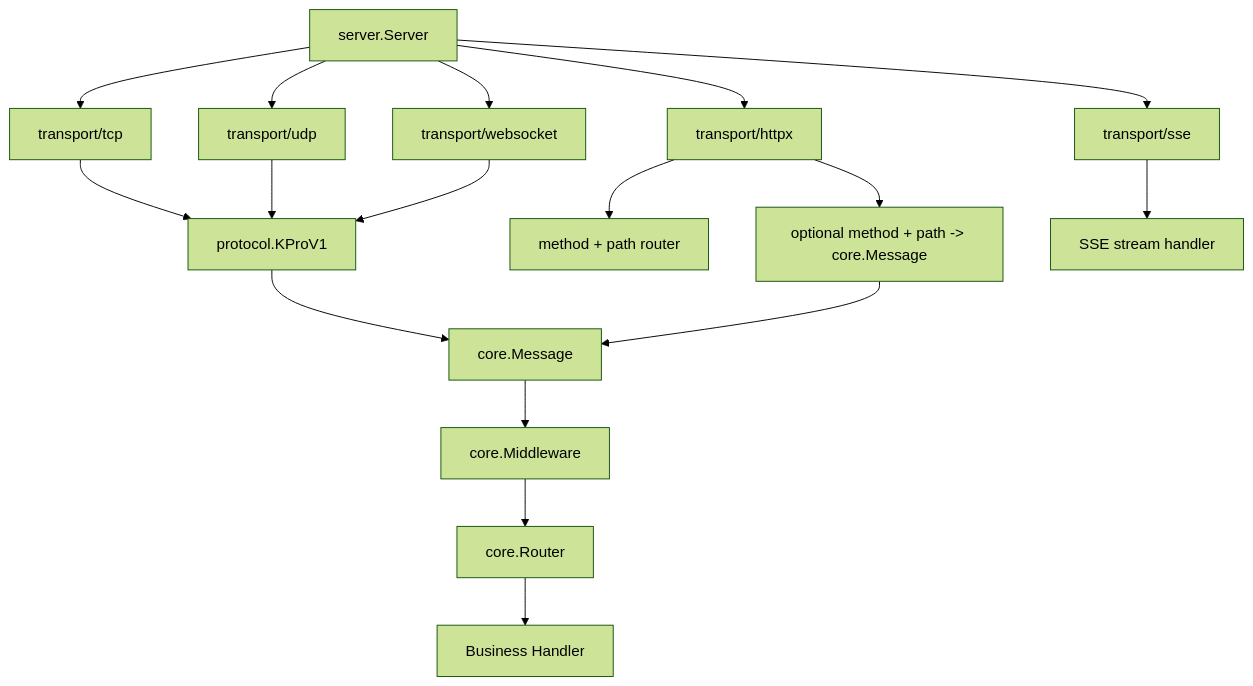
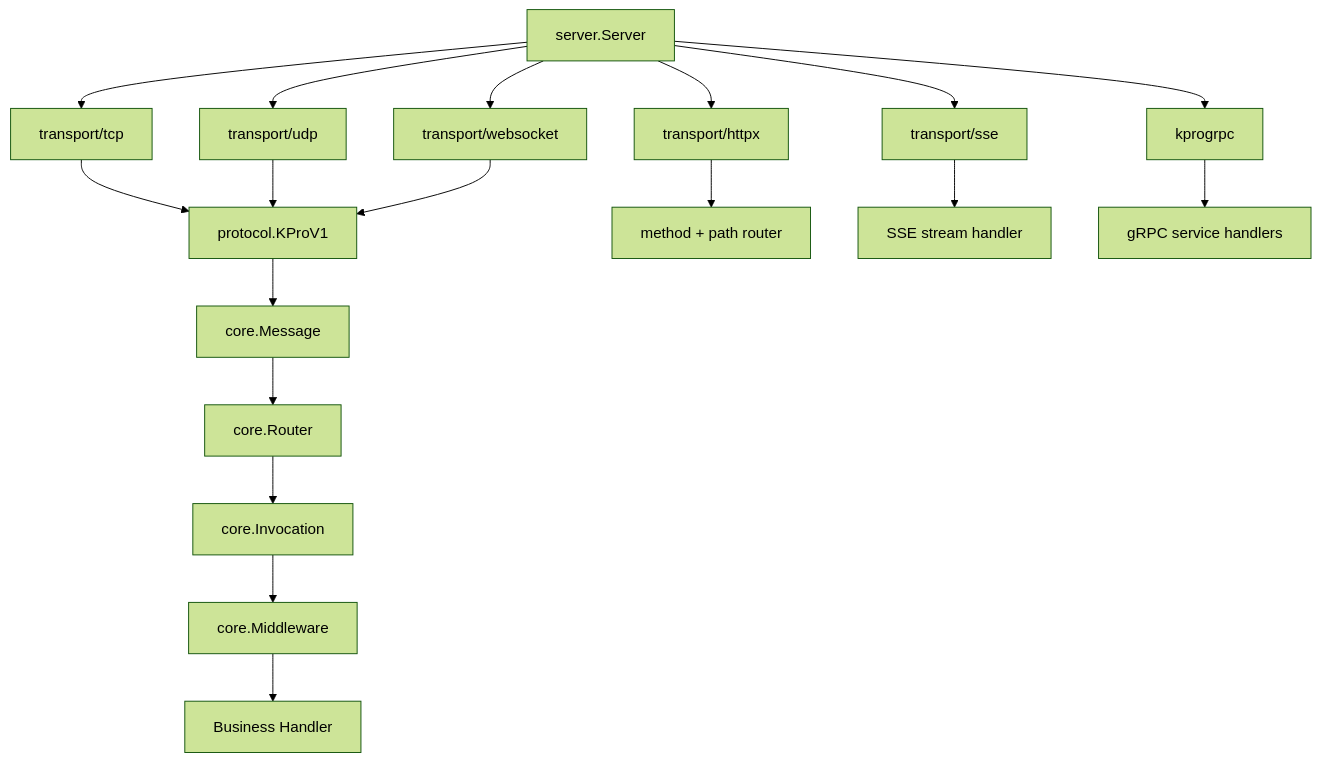
The first of 3 diagrams in README.md (saramand9/kpro), drawn with Mermaid (forest theme) before and after one commit. The commit also changed other lines of this file and 42 other files, not shown here.

Commit message:
refactor: unify protocol middleware invocation

````diff
--- a/README.md
+++ b/README.md
@@ -33,22 +34,23 @@
 ```mermaid
 flowchart TD
     App[server.Server] --> TCP[transport/tcp]
     App --> UDP[transport/udp]
     App --> WS[transport/websocket]
     App --> HTTP[transport/httpx]
     App --> SSE[transport/sse]
+    App --> GRPC[kprogrpc]
 
     TCP --> Protocol[protocol.KProV1]
     UDP --> Protocol
     WS --> Protocol
 
     Protocol --> Message[core.Message]
-    Message --> Middleware[core.Middleware]
-    Middleware --> Router[core.Router]
-    Router --> Handler[Business Handler]
+    Message --> Router[core.Router]
+    Router --> Invocation[core.Invocation]
+    Invocation --> Middleware[core.Middleware]
+    Middleware --> Handler[Business Handler]
 
     HTTP --> HTTPRouter[method + path router]
-    HTTP --> HTTPMessage[optional method + path -> core.Message]
-    HTTPMessage --> Message
     SSE --> SSEHandler[SSE stream handler]
+    GRPC --> GRPCService[gRPC service handlers]
 ```
````
